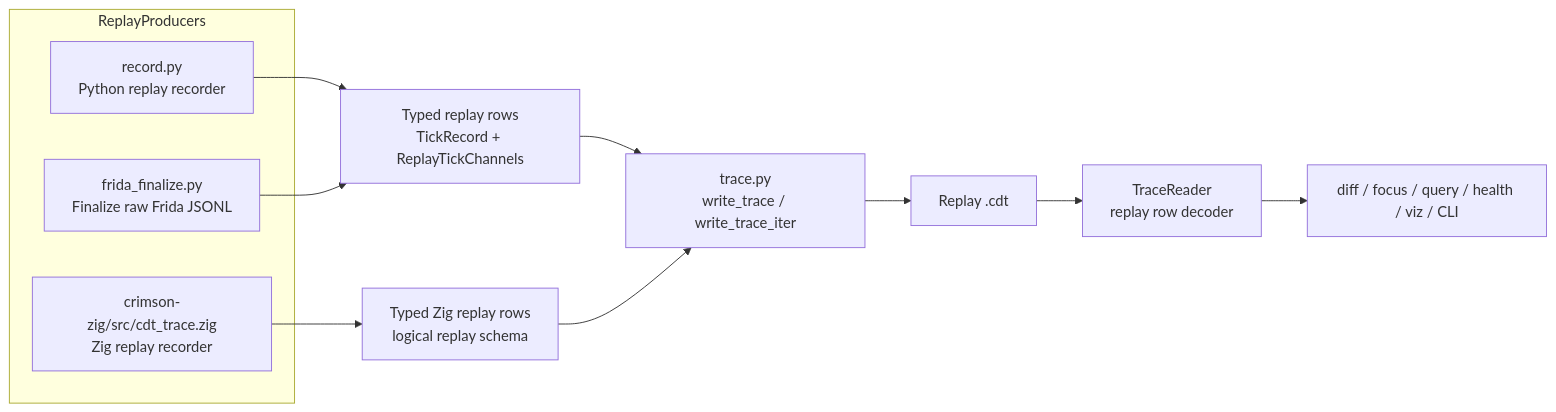
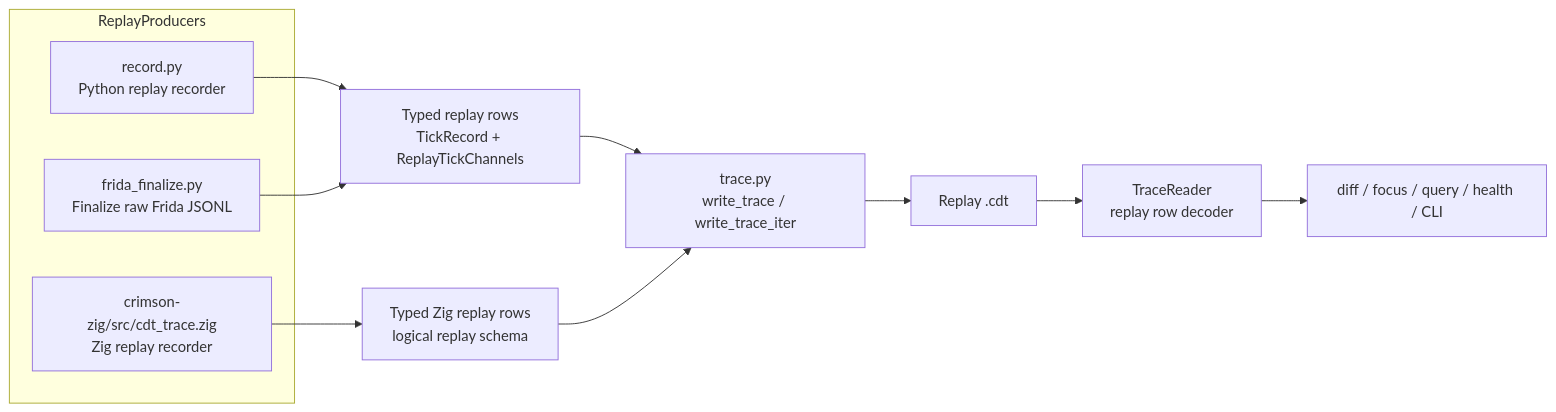
Before and after one commit to banteg/crimson: the first of 7 diagrams in DBG_TRACE_ARCHITECTURE_MEMO.md, drawn with Mermaid. The commit also changed other lines of this file and 6 other files, not shown here.

````diff
--- a/DBG_TRACE_ARCHITECTURE_MEMO.md
+++ b/DBG_TRACE_ARCHITECTURE_MEMO.md
@@ -102,18 +102,18 @@
 ```mermaid
 flowchart LR
     subgraph ReplayProducers
         P1["record.py\nPython replay recorder"]
         P2["frida_finalize.py\nFinalize raw Frida JSONL"]
         P3["crimson-zig/src/cdt_trace.zig\nZig replay recorder"]
     end
 
     P1 --> R["Typed replay rows\nTickRecord + ReplayTickChannels"]
     P2 --> R
     P3 --> Z["Typed Zig replay rows\nlogical replay schema"]
 
     R --> W["trace.py\nwrite_trace / write_trace_iter"]
     Z --> W
     W --> CDT["Replay .cdt"]
     CDT --> TR["TraceReader\nreplay row decoder"]
-    TR --> C["diff / focus / query / health / viz / CLI"]
+    TR --> C["diff / focus / query / health / CLI"]
 ```
````
